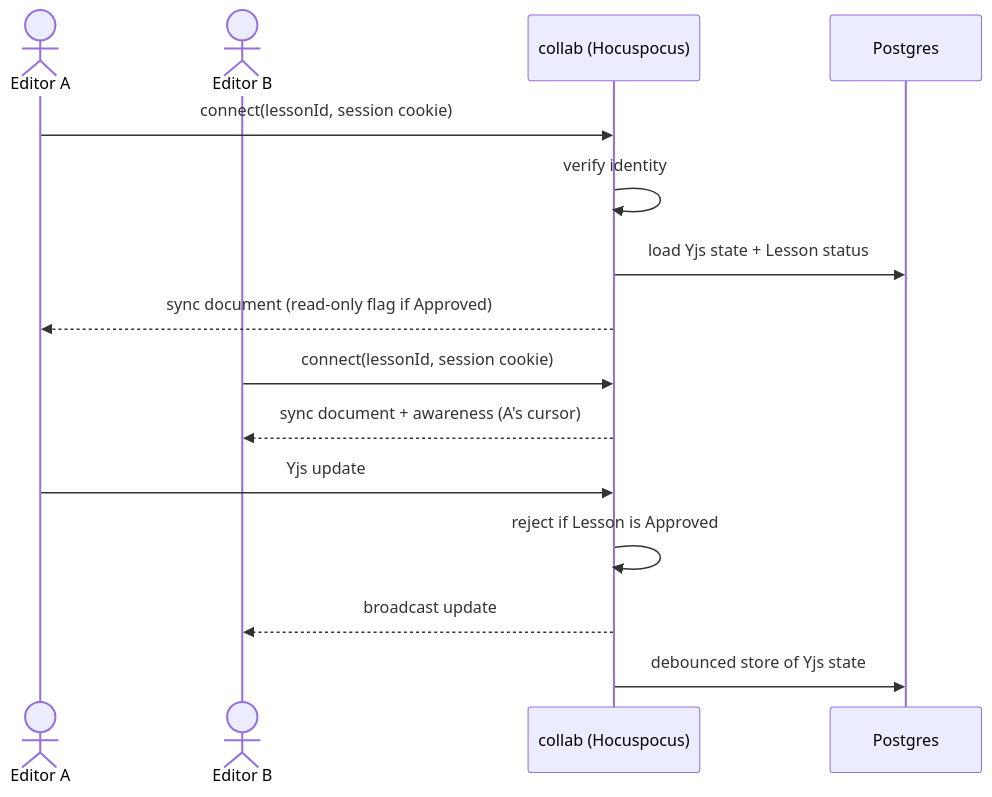
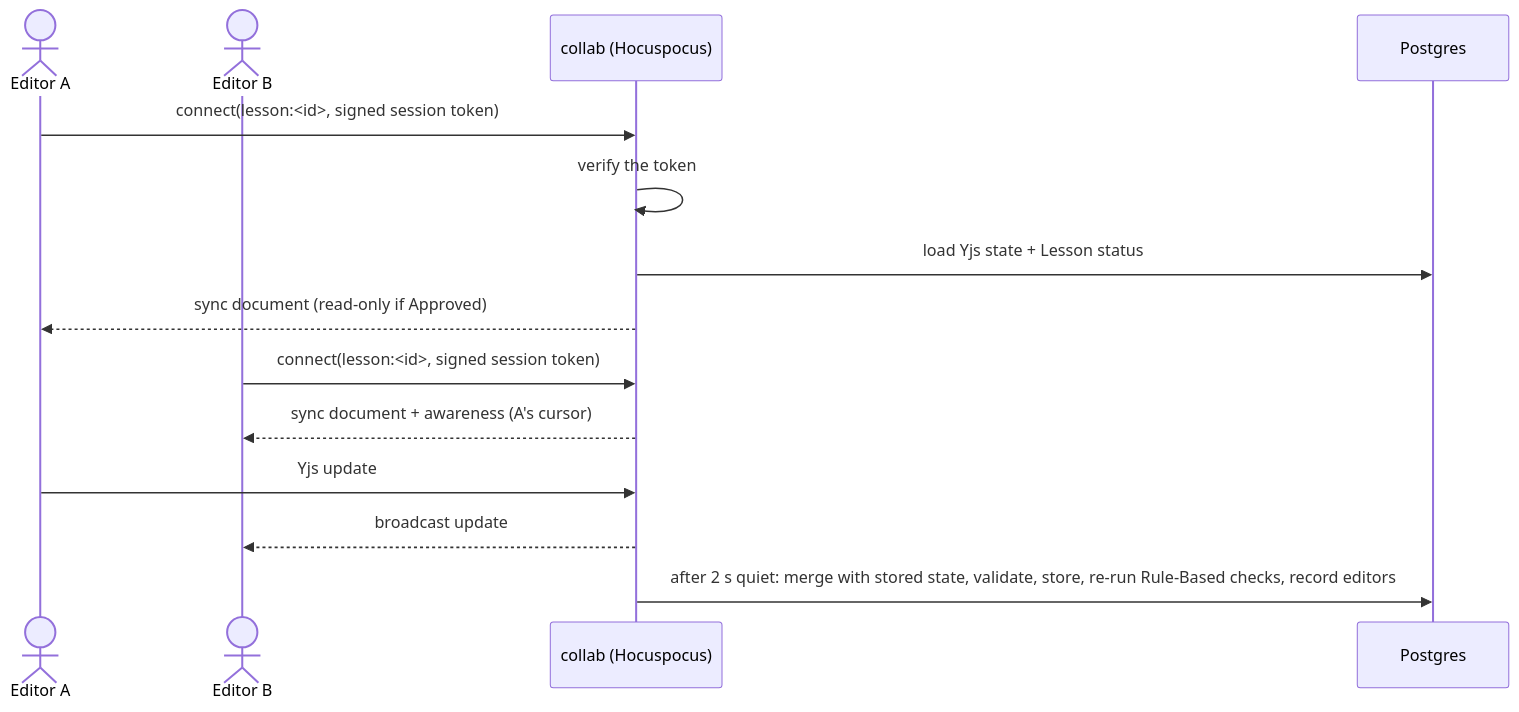
One commit to debudash/create-learningmodule changed the seventh of 10 diagrams in docs/architecture.md. Above: the diagram before and after it, drawn with Mermaid. The commit also changed other lines of this file, not shown here.

Commit message:
architecture.md: match the system as built (polling not SSE, real package graph, ai_reviews and digests, server actions, approval and AI Suggestion flows, Haiku review, hosting)

````diff
--- a/docs/architecture.md
+++ b/docs/architecture.md
@@ -236,18 +256,17 @@
 ```mermaid
 sequenceDiagram
   actor A as Editor A
   actor B as Editor B
   participant C as collab (Hocuspocus)
   participant DB as Postgres
 
-  A->>C: connect(lessonId, session cookie)
-  C->>C: verify identity
+  A->>C: connect(lesson:<id>, signed session token)
+  C->>C: verify the token
   C->>DB: load Yjs state + Lesson status
-  C-->>A: sync document (read-only flag if Approved)
-  B->>C: connect(lessonId, session cookie)
+  C-->>A: sync document (read-only if Approved)
+  B->>C: connect(lesson:<id>, signed session token)
   C-->>B: sync document + awareness (A's cursor)
   A->>C: Yjs update
-  C->>C: reject if Lesson is Approved
   C-->>B: broadcast update
-  C->>DB: debounced store of Yjs state
+  C->>DB: after 2 s quiet: merge with stored state, validate, store, re-run Rule-Based checks, record editors
 ```
````
